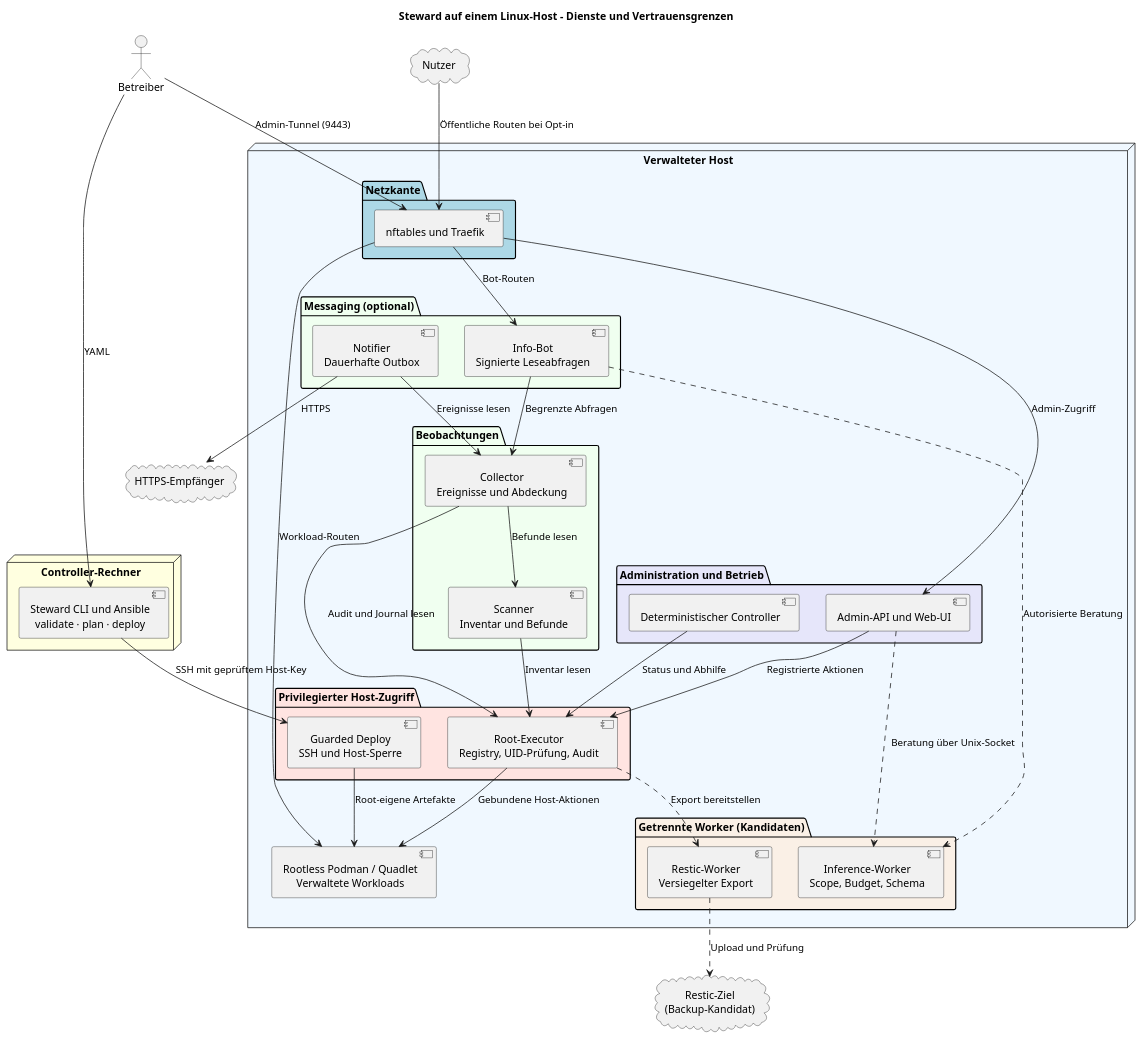
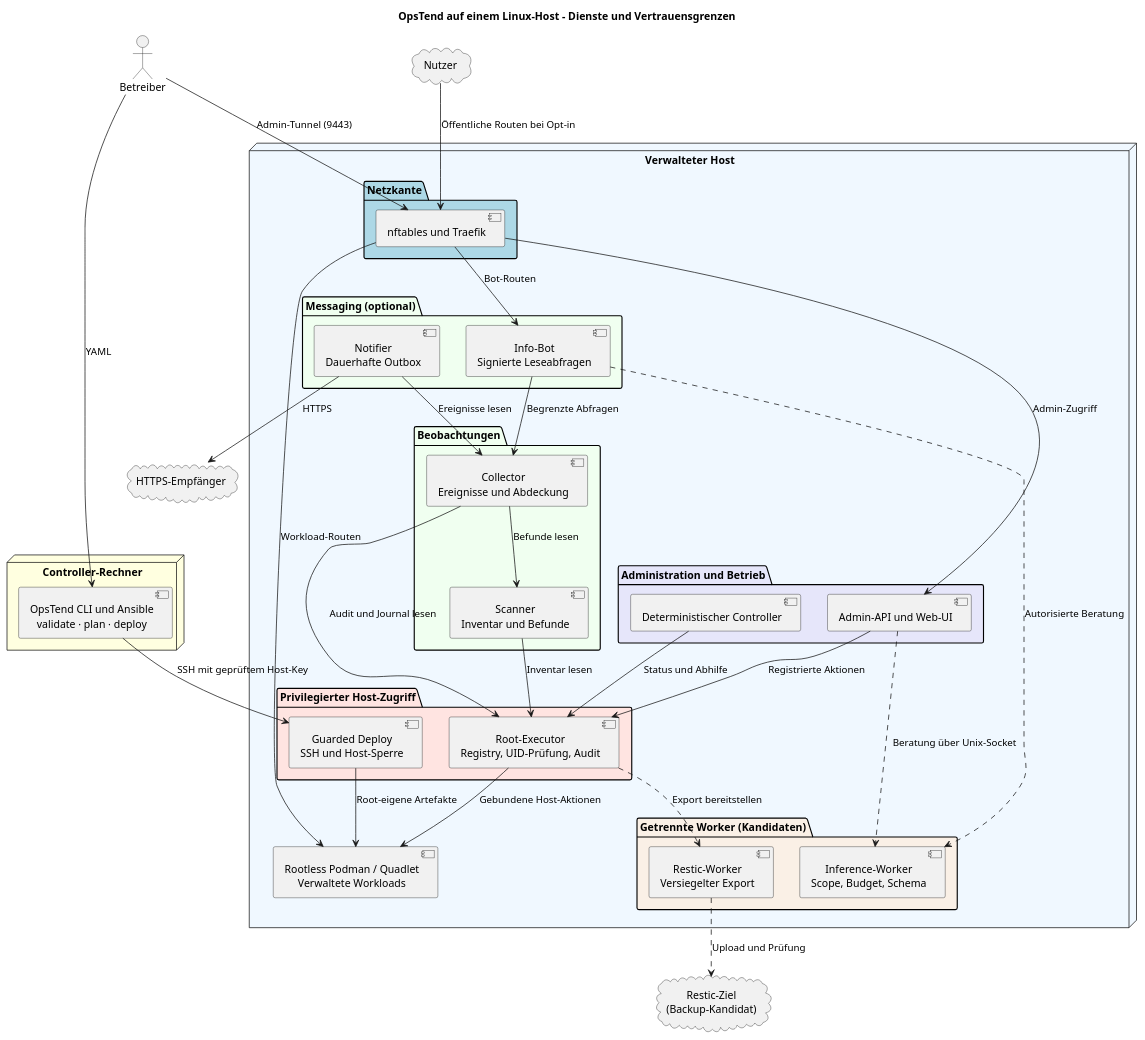
Before and after one commit to grethel-labs/opstend: the diagram in docs/diagrams/src/00-gesamtbild.puml, drawn with PlantUML. The commit also changed 86 other files, not shown here.

Commit message:
Adopt OpsTend branding and Zorec in the admin console

```diff
--- a/docs/diagrams/src/00-gesamtbild.puml
+++ b/docs/diagrams/src/00-gesamtbild.puml
@@ -1,70 +1,70 @@
 @startuml
-title Steward auf einem Linux-Host – Dienste und Vertrauensgrenzen
+title OpsTend auf einem Linux-Host – Dienste und Vertrauensgrenzen
 top to bottom direction
 skinparam shadowing false
 skinparam defaultTextAlignment center
 
 actor "Betreiber" as op
 cloud "Nutzer" as users
 cloud "HTTPS-Empfänger" as receiver
 cloud "Restic-Ziel\n(Backup-Kandidat)" as restic
 
 node "Controller-Rechner" as ctlm #LightYellow {
-  component "Steward CLI und Ansible\nvalidate · plan · deploy" as cli
+  component "OpsTend CLI und Ansible\nvalidate · plan · deploy" as cli
 }
 
 node "Verwalteter Host" as srv #AliceBlue {
   package "Netzkante" as edge #LightBlue {
     component "nftables und Traefik" as proxy
   }
 
   package "Administration und Betrieb" as adm #Lavender {
     component "Admin-API und Web-UI" as api
     component "Deterministischer Controller" as ctl
   }
 
   package "Beobachtungen" as eyes #Honeydew {
     component "Collector\nEreignisse und Abdeckung" as col
     component "Scanner\nInventar und Befunde" as scan
   }
 
   package "Messaging (optional)" as msg #Honeydew {
     component "Notifier\nDauerhafte Outbox" as ntf
     component "Info-Bot\nSignierte Leseabfragen" as bot
   }
 
   package "Privilegierter Host-Zugriff" as hands #MistyRose {
     component "Root-Executor\nRegistry, UID-Prüfung, Audit" as exe
     component "Guarded Deploy\nSSH und Host-Sperre" as deploy
   }
 
   package "Getrennte Worker (Kandidaten)" as optional #Linen {
     component "Inference-Worker\nScope, Budget, Schema" as ai
     component "Restic-Worker\nVersiegelter Export" as bk
   }
 
   component "Rootless Podman / Quadlet\nVerwaltete Workloads" as app
 }
 
 op --> cli : YAML
 cli --> deploy : SSH mit geprüftem Host-Key
 deploy --> app : Root-eigene Artefakte
 op --> proxy : Admin-Tunnel (9443)
 users --> proxy : Öffentliche Routen bei Opt-in
 proxy --> api : Admin-Zugriff
 proxy --> bot : Bot-Routen
 proxy --> app : Workload-Routen
 api --> exe : Registrierte Aktionen
 ctl --> exe : Status und Abhilfe
 exe --> app : Gebundene Host-Aktionen
 col --> exe : Audit und Journal lesen
 scan --> exe : Inventar lesen
 col --> scan : Befunde lesen
 ntf --> col : Ereignisse lesen
 bot --> col : Begrenzte Abfragen
 ntf --> receiver : HTTPS
 api ..> ai : Beratung über Unix-Socket
 bot ..> ai : Autorisierte Beratung
 exe ..> bk : Export bereitstellen
 bk ..> restic : Upload und Prüfung
 @enduml
```
